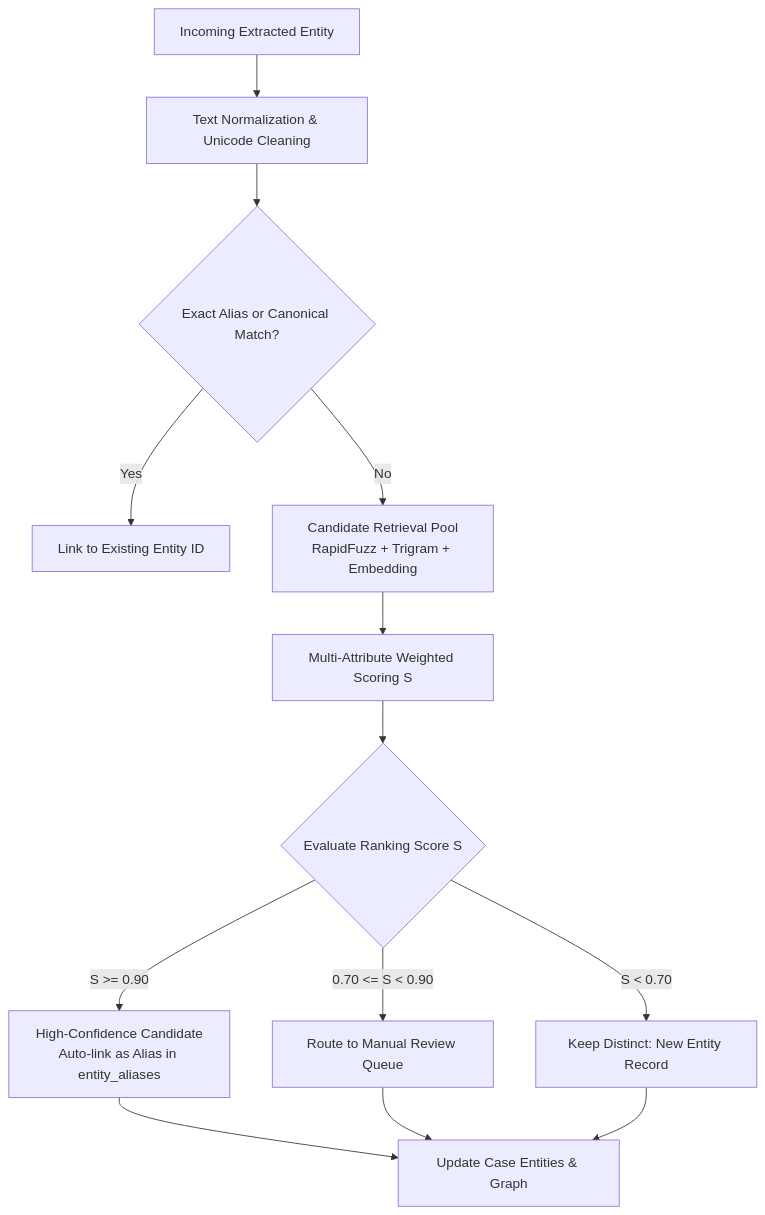
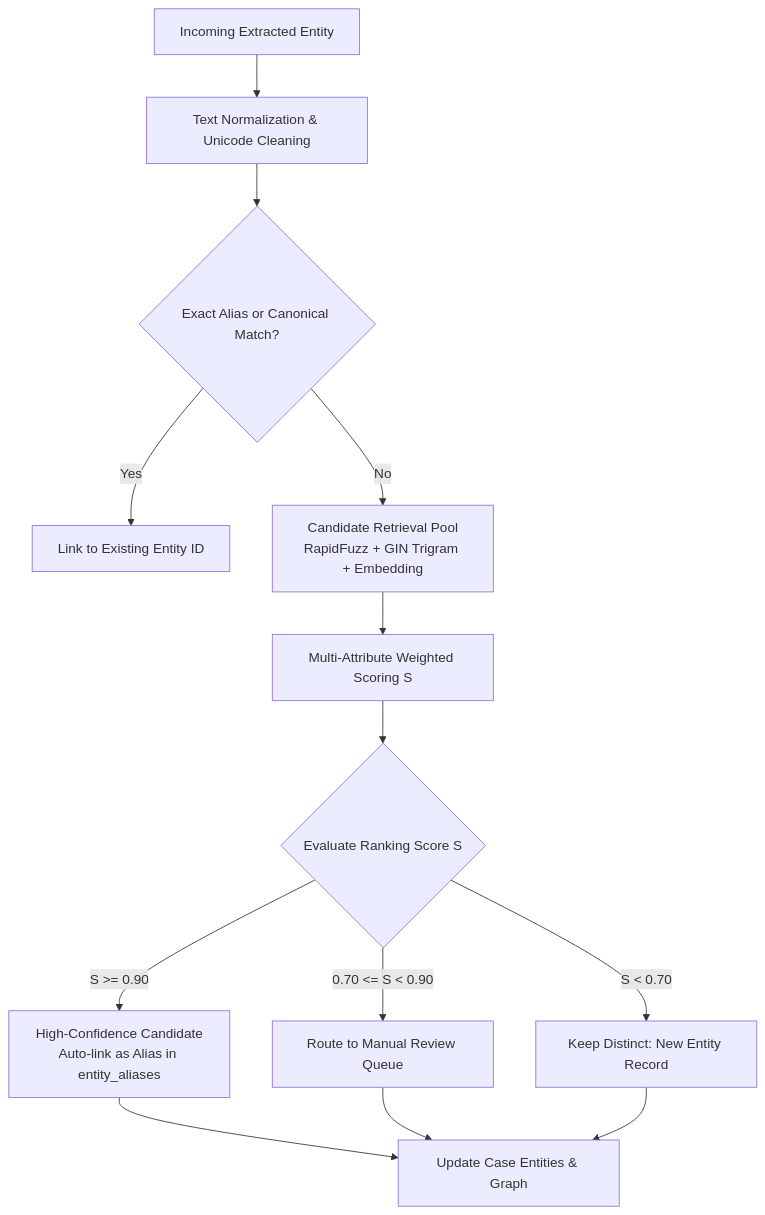
One commit to rushikeshbathe096/RedThread changed the diagram in docs/entity-resolution.md. Above: the diagram before and after it, drawn with Mermaid. The commit also changed other lines of this file and 22 other files, not shown here.

Commit message:
db schema

````diff
--- a/docs/entity-resolution.md
+++ b/docs/entity-resolution.md
@@ -21,15 +21,15 @@
 ```mermaid
 flowchart TD
     A[Incoming Extracted Entity] --> B[Text Normalization & Unicode Cleaning]
     B --> C{Exact Alias or Canonical Match?}
     C -- Yes --> D[Link to Existing Entity ID]
-    C -- No --> E[Candidate Retrieval Pool<br/>RapidFuzz + Trigram + Embedding]
+    C -- No --> E[Candidate Retrieval Pool<br/>RapidFuzz + GIN Trigram + Embedding]
     E --> F[Multi-Attribute Weighted Scoring S]
     F --> G{Evaluate Ranking Score S}
     G -- "S >= 0.90" --> H[High-Confidence Candidate<br/>Auto-link as Alias in entity_aliases]
     G -- "0.70 <= S < 0.90" --> I[Route to Manual Review Queue]
     G -- "S < 0.70" --> J[Keep Distinct: New Entity Record]
     H --> K[Update Case Entities & Graph]
     I --> K
     J --> K
 ```
````
